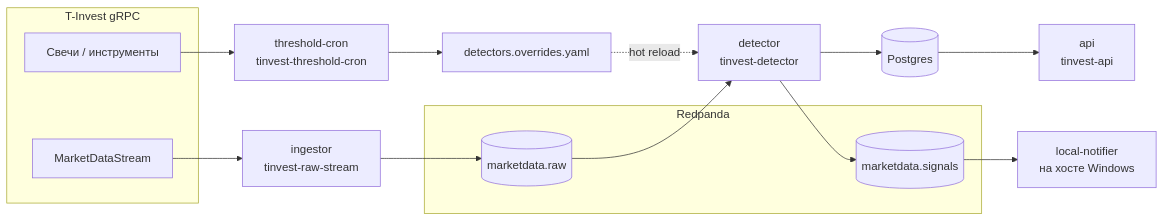
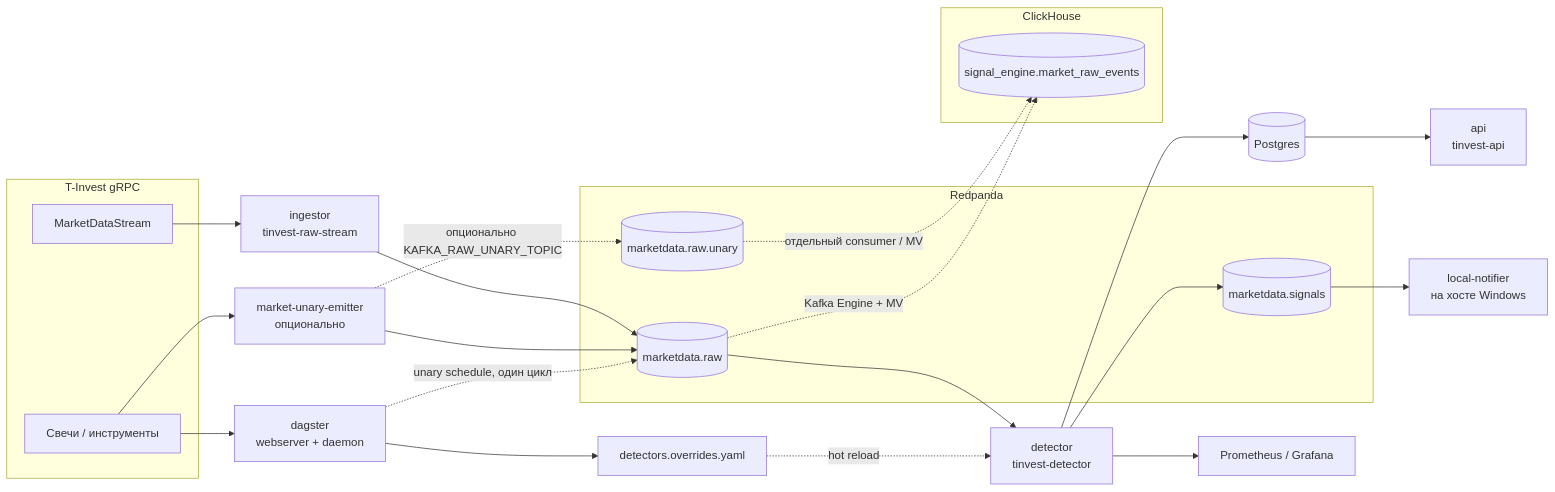
The diagram in docs/architecture.md (karnaksp/investment-signals), drawn with Mermaid before and after one commit. The commit also changed other lines of this file and 181 other files, not shown here.

````diff
--- a/docs/architecture.md
+++ b/docs/architecture.md
@@ -7,28 +7,41 @@
 ```mermaid
 flowchart LR
   subgraph tinvest [T-Invest gRPC]
     MDS[MarketDataStream]
     REST[Свечи / инструменты]
   end
   subgraph broker [Redpanda]
     RAW[(marketdata.raw)]
+    RAWU[(marketdata.raw.unary)]
     SIG[(marketdata.signals)]
   end
+  subgraph olap [ClickHouse]
+    CH[(signal_engine.market_raw_events)]
+  end
   ING[ingestor<br/>tinvest-raw-stream]
+  UNE[market-unary-emitter<br/>опционально]
   DET[detector<br/>tinvest-detector]
   PG[(Postgres)]
   API[api<br/>tinvest-api]
-  CRON[threshold-cron<br/>tinvest-threshold-cron]
+  DS[dagster<br/>webserver + daemon]
   WIN[local-notifier<br/>на хосте Windows]
+  PROM[Prometheus / Grafana]
 
   MDS --> ING
   ING --> RAW
+  REST --> UNE
+  REST --> DS
+  UNE --> RAW
+  DS -.->|unary schedule, один цикл| RAW
+  UNE -.->|опционально KAFKA_RAW_UNARY_TOPIC| RAWU
   RAW --> DET
+  RAWU -.->|отдельный consumer / MV| CH
+  RAW -.->|Kafka Engine + MV| CH
   DET --> PG
   DET --> SIG
+  DET --> PROM
   SIG --> WIN
-  REST --> CRON
-  CRON --> CONF[detectors.overrides.yaml]
+  DS --> CONF[detectors.overrides.yaml]
   CONF -.->|hot reload| DET
   PG --> API
 ```
````
